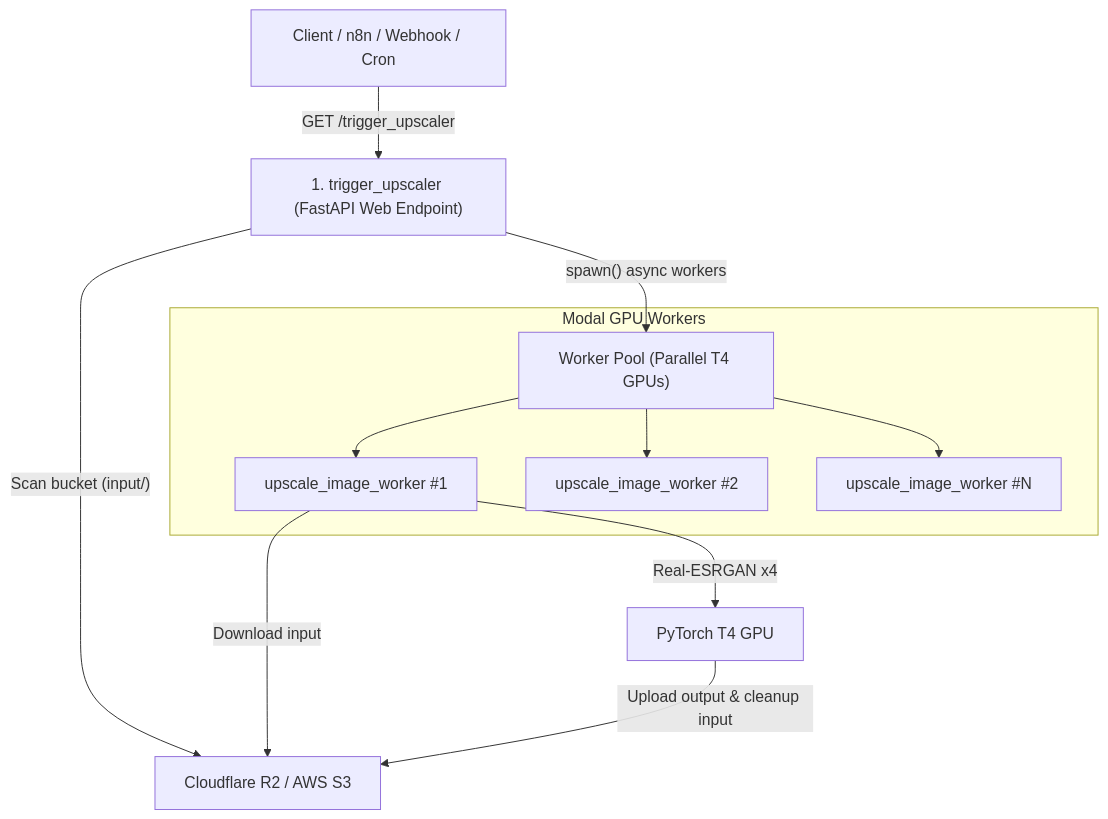
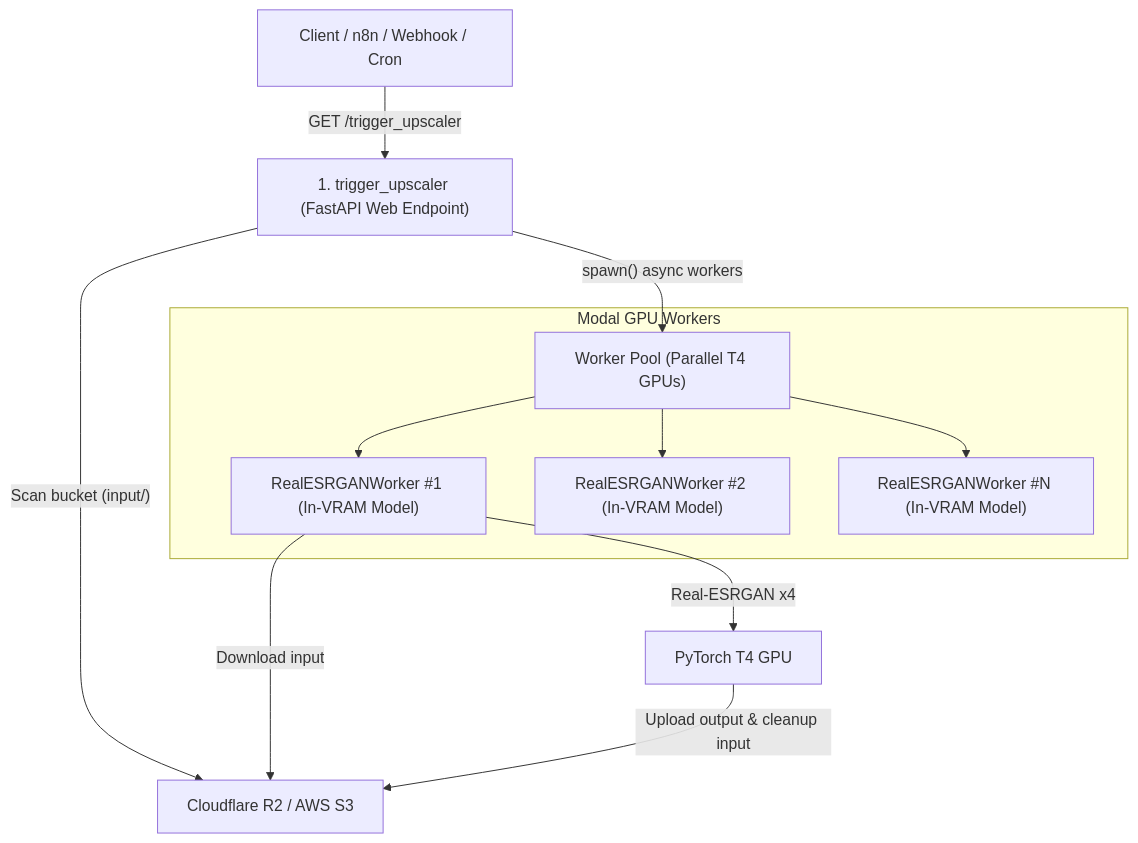
One commit to nooradn/modal-image-upscaler changed the diagram in README.md. Above: the diagram before and after it, drawn with Mermaid. The commit also changed other lines of this file and 1 other file, not shown here.

Commit message:
Optimize worker: in-memory VRAM model caching with modal.Cls

````diff
--- a/README.md
+++ b/README.md
@@ -11,16 +11,16 @@
 ```mermaid
 flowchart TD
     Client["Client / n8n / Webhook / Cron"] -->|"GET /trigger_upscaler"| TriggerFn["1. trigger_upscaler (FastAPI Web Endpoint)"]
     TriggerFn -->|"Scan bucket (input/)"| R2["Cloudflare R2 / AWS S3"]
     TriggerFn -->|"spawn() async workers"| UpscalerPool["Worker Pool (Parallel T4 GPUs)"]
     
     subgraph Modal GPU Workers
-        UpscalerPool --> Worker1["upscale_image_worker #1"]
-        UpscalerPool --> Worker2["upscale_image_worker #2"]
-        UpscalerPool --> WorkerN["upscale_image_worker #N"]
+        UpscalerPool --> Worker1["RealESRGANWorker #1 (In-VRAM Model)"]
+        UpscalerPool --> Worker2["RealESRGANWorker #2 (In-VRAM Model)"]
+        UpscalerPool --> WorkerN["RealESRGANWorker #N (In-VRAM Model)"]
     end
     
     Worker1 -->|"Download input"| R2
     Worker1 -->|"Real-ESRGAN x4"| GPU1["PyTorch T4 GPU"]
     GPU1 -->|"Upload output & cleanup input"| R2
 ```
````
